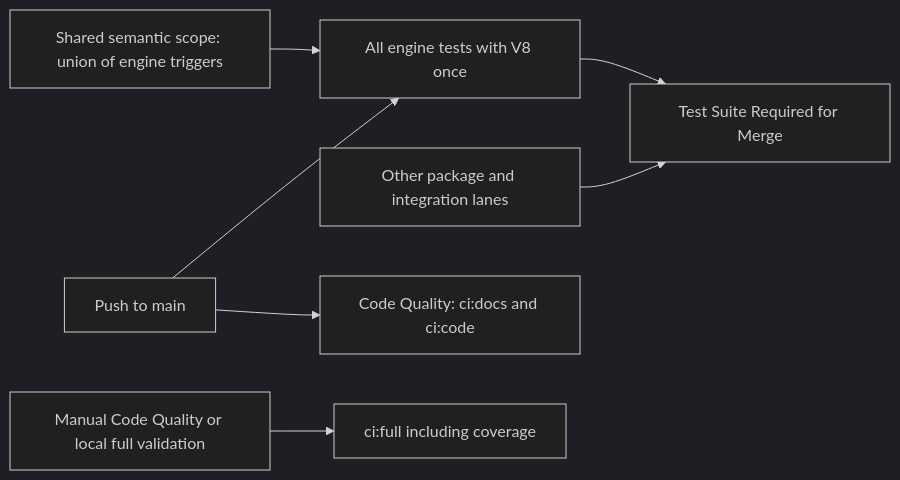
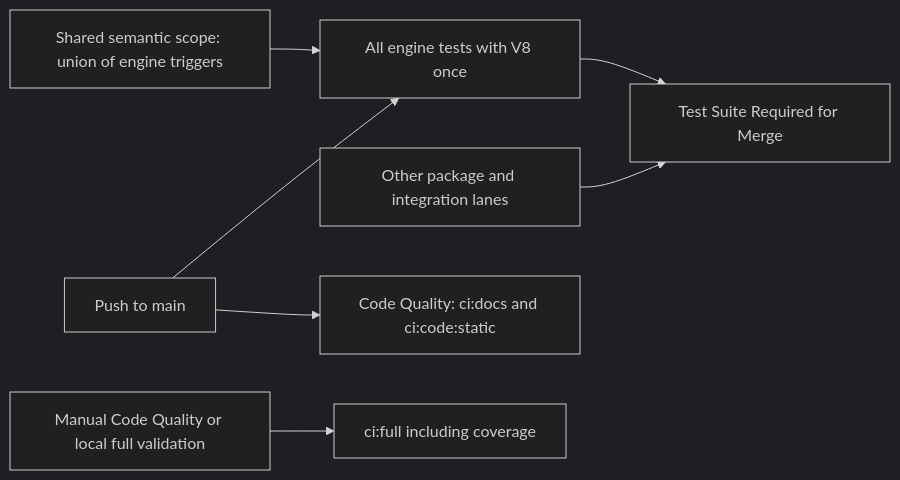
One commit to dunay2/dvt changed the second of 4 diagrams in docs/architecture/components/ci-governance/engine-coverage-scope-gate-component.md. Above: the diagram before and after it, drawn with Mermaid (dark theme). The commit also changed other lines of this file and 424 other files, not shown here.

````diff
--- a/docs/architecture/components/ci-governance/engine-coverage-scope-gate-component.md
+++ b/docs/architecture/components/ci-governance/engine-coverage-scope-gate-component.md
@@ -136,9 +140,9 @@
 ```mermaid
 flowchart LR
     Scope[Shared semantic scope: union of engine triggers] --> Coverage[All engine tests with V8 once]
     Coverage --> Aggregate[Test Suite Required for Merge]
     Other[Other package and integration lanes] --> Aggregate
-    Push[Push to main] --> Baseline[Code Quality: ci:docs and ci:code]
+    Push[Push to main] --> Baseline[Code Quality: ci:docs and ci:code:static]
     Push --> Coverage
     Manual[Manual Code Quality or local full validation] --> Full[ci:full including coverage]
 ```
````
